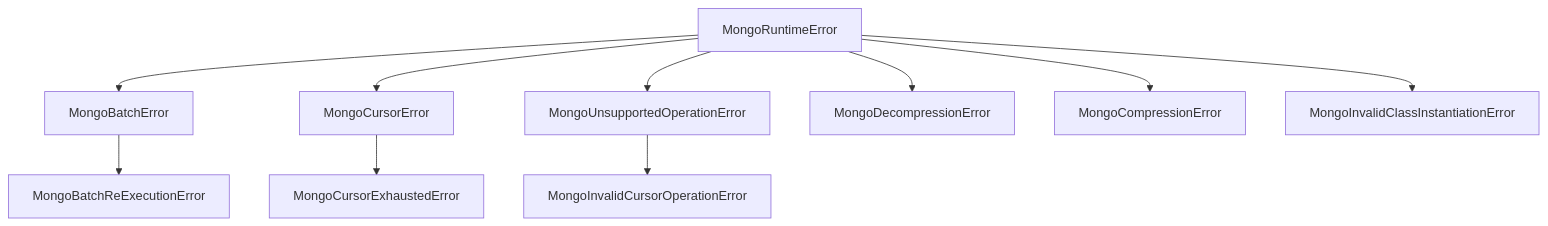
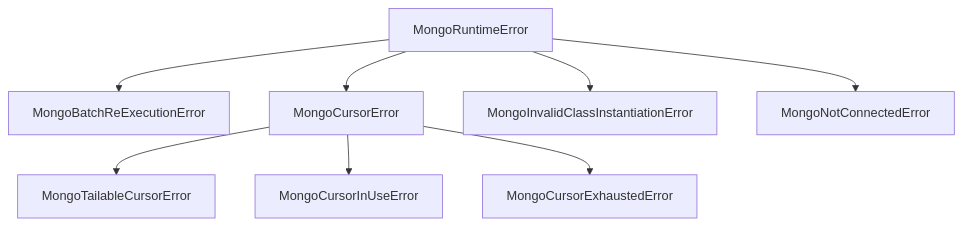
Before and after one commit to mongodb/node-mongodb-native: the diagram in docs/charts/mermaid/MongoRuntimeError_0.mmd, drawn with Mermaid. The commit also changed 8 other files, not shown here.

Commit message:
docs(NODE-3363): synced charts with markdown

```diff
--- a/docs/charts/mermaid/MongoRuntimeError_0.mmd
+++ b/docs/charts/mermaid/MongoRuntimeError_0.mmd
@@ -1,13 +1,9 @@
 graph TD
-  MongoRuntimeError --> MongoBatchError
+  MongoRuntimeError --> MongoBatchReExecutionError
   MongoRuntimeError --> MongoCursorError
-  MongoRuntimeError --> MongoUnsupportedOperationError
-  MongoRuntimeError --> MongoDecompressionError
-  MongoRuntimeError --> MongoCompressionError
   MongoRuntimeError --> MongoInvalidClassInstantiationError
+  MongoRuntimeError --> MongoNotConnectedError
 
-  MongoBatchError --> MongoBatchReExecutionError
-
+  MongoCursorError --> MongoTailableCursorError
+  MongoCursorError --> MongoCursorInUseError
   MongoCursorError --> MongoCursorExhaustedError
-
-  MongoUnsupportedOperationError --> MongoInvalidCursorOperationError
```
